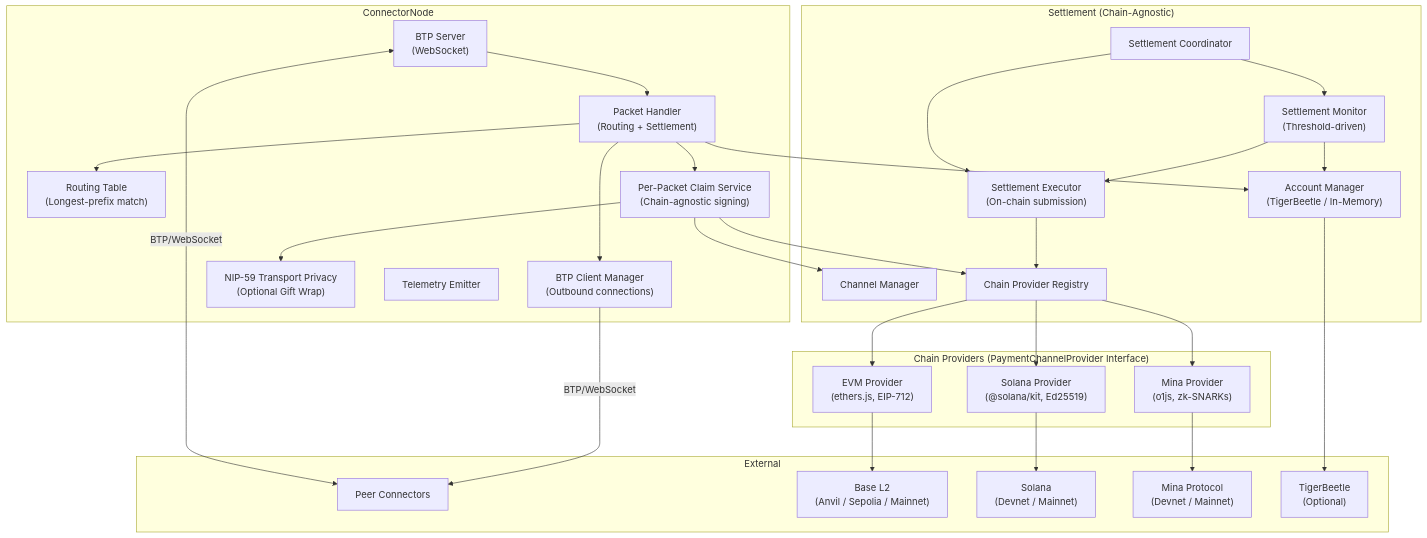
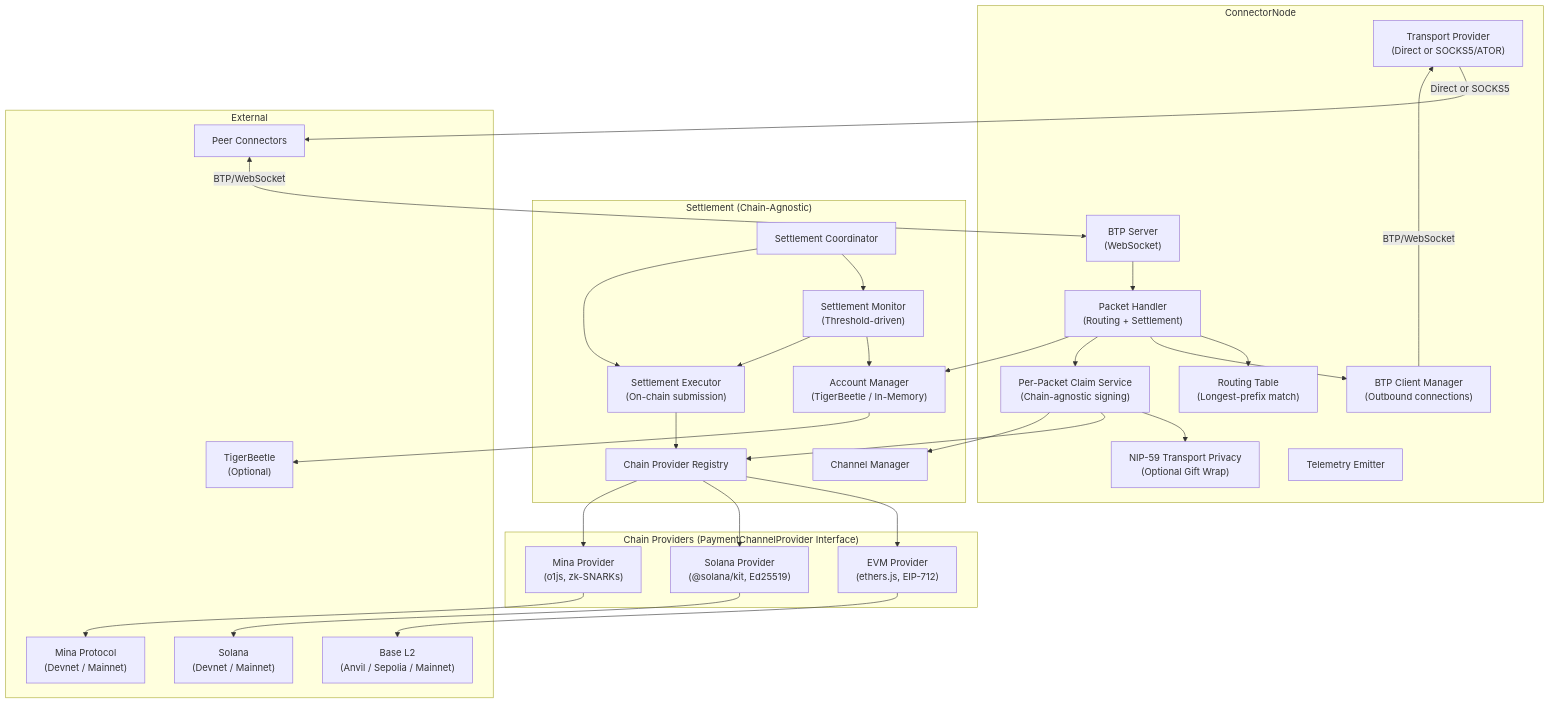
The first of 7 diagrams in _bmad-output/planning-artifacts/architecture.md (ALLiDoizCode/m2m), drawn with Mermaid before and after one commit. The commit also changed other lines of this file and 6 other files, not shown here.

First line of the commit message:
feat(epic-35): add ATOR overlay transport epic — planning artifacts and doc updates

````diff
--- a/_bmad-output/planning-artifacts/architecture.md
+++ b/_bmad-output/planning-artifacts/architecture.md
@@ -66,58 +68,60 @@
 ```mermaid
 graph TB
     subgraph ConnectorNode
+        TransportProvider["Transport Provider<br/>(Direct or SOCKS5/ATOR)"]
         BTPServer["BTP Server<br/>(WebSocket)"]
         BTPClientManager["BTP Client Manager<br/>(Outbound connections)"]
         PacketHandler["Packet Handler<br/>(Routing + Settlement)"]
         RoutingTable["Routing Table<br/>(Longest-prefix match)"]
         PerPacketClaims["Per-Packet Claim Service<br/>(Chain-agnostic signing)"]
         NIP59["NIP-59 Transport Privacy<br/>(Optional Gift Wrap)"]
         TelemetryEmitter["Telemetry Emitter"]
     end
 
     subgraph Settlement["Settlement (Chain-Agnostic)"]
         ChannelManager["Channel Manager"]
         ChainRegistry["Chain Provider Registry"]
         AccountManager["Account Manager<br/>(TigerBeetle / In-Memory)"]
         SettlementMonitor["Settlement Monitor<br/>(Threshold-driven)"]
         SettlementExecutor["Settlement Executor<br/>(On-chain submission)"]
         SettlementCoordinator["Settlement Coordinator"]
     end
 
     subgraph Providers["Chain Providers (PaymentChannelProvider Interface)"]
         EVMProvider["EVM Provider<br/>(ethers.js, EIP-712)"]
         SolanaProvider["Solana Provider<br/>(@solana/kit, Ed25519)"]
         MinaProvider["Mina Provider<br/>(o1js, zk-SNARKs)"]
     end
 
     subgraph External
         PeerConnectors["Peer Connectors"]
         BaseL2["Base L2<br/>(Anvil / Sepolia / Mainnet)"]
         SolanaChain["Solana<br/>(Devnet / Mainnet)"]
         MinaChain["Mina Protocol<br/>(Devnet / Mainnet)"]
         TigerBeetle["TigerBeetle<br/>(Optional)"]
     end
 
     PeerConnectors <-->|BTP/WebSocket| BTPServer
-    BTPClientManager -->|BTP/WebSocket| PeerConnectors
+    BTPClientManager -->|BTP/WebSocket| TransportProvider
+    TransportProvider -->|Direct or SOCKS5| PeerConnectors
     BTPServer --> PacketHandler
     PacketHandler --> RoutingTable
     PacketHandler --> BTPClientManager
     PacketHandler --> PerPacketClaims
     PerPacketClaims --> NIP59
     PacketHandler --> AccountManager
     PerPacketClaims --> ChainRegistry
     PerPacketClaims --> ChannelManager
     SettlementMonitor --> AccountManager
     SettlementMonitor --> SettlementExecutor
     SettlementCoordinator --> SettlementMonitor
     SettlementCoordinator --> SettlementExecutor
     SettlementExecutor --> ChainRegistry
     ChainRegistry --> EVMProvider
     ChainRegistry --> SolanaProvider
     ChainRegistry --> MinaProvider
     EVMProvider --> BaseL2
     SolanaProvider --> SolanaChain
     MinaProvider --> MinaChain
     AccountManager --> TigerBeetle
 ```
````
